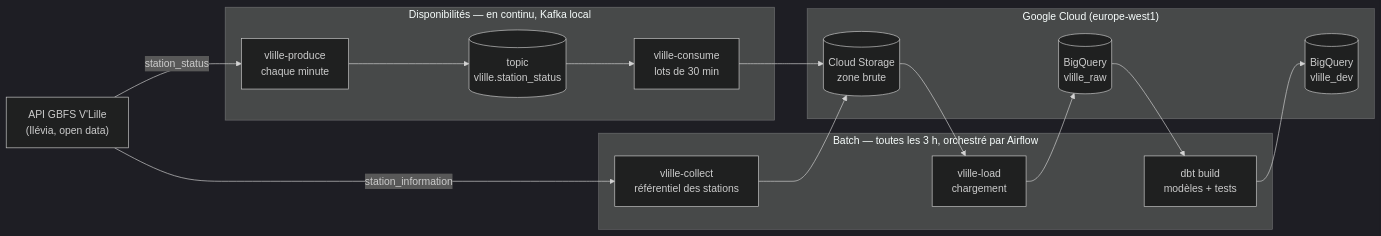
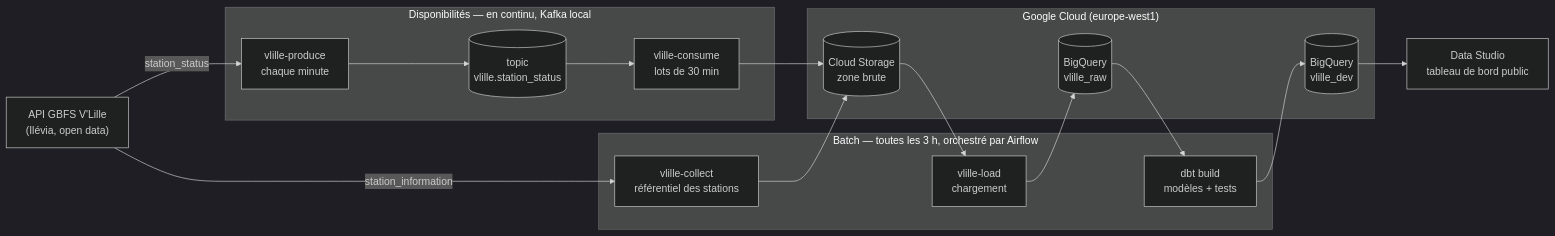
One commit to Tiffado/vlille-data-pipeline changed the diagram in README.md. Above: the diagram before and after it, drawn with Mermaid (dark theme). The commit also changed other lines of this file and 9 other files, not shown here.

First line of the commit message:
Ajoute la couche de visualisation Data Studio

````diff
--- a/README.md
+++ b/README.md
@@ -15,26 +18,28 @@
 ```mermaid
 flowchart LR
     API["API GBFS V'Lille<br/>(Ilévia, open data)"]
 
     subgraph Streaming["Disponibilités — en continu, Kafka local"]
         PRODUCE["vlille-produce<br/>chaque minute"]
         TOPIC[("topic<br/>vlille.station_status")]
         CONSUME["vlille-consume<br/>lots de 30 min"]
     end
 
     subgraph Batch["Batch — toutes les 3 h, orchestré par Airflow"]
         COLLECT["vlille-collect<br/>référentiel des stations"]
         LOAD["vlille-load<br/>chargement"]
         DBT["dbt build<br/>modèles + tests"]
     end
 
     subgraph GCP["Google Cloud (europe-west1)"]
         GCS[("Cloud Storage<br/>zone brute")]
         RAW[("BigQuery<br/>vlille_raw")]
         DEV[("BigQuery<br/>vlille_dev")]
     end
 
+    VIZ["Data Studio<br/>tableau de bord public"]
+
     API -- station_status --> PRODUCE --> TOPIC --> CONSUME --> GCS
     API -- station_information --> COLLECT --> GCS
-    GCS --> LOAD --> RAW --> DBT --> DEV
+    GCS --> LOAD --> RAW --> DBT --> DEV --> VIZ
 ```
````
